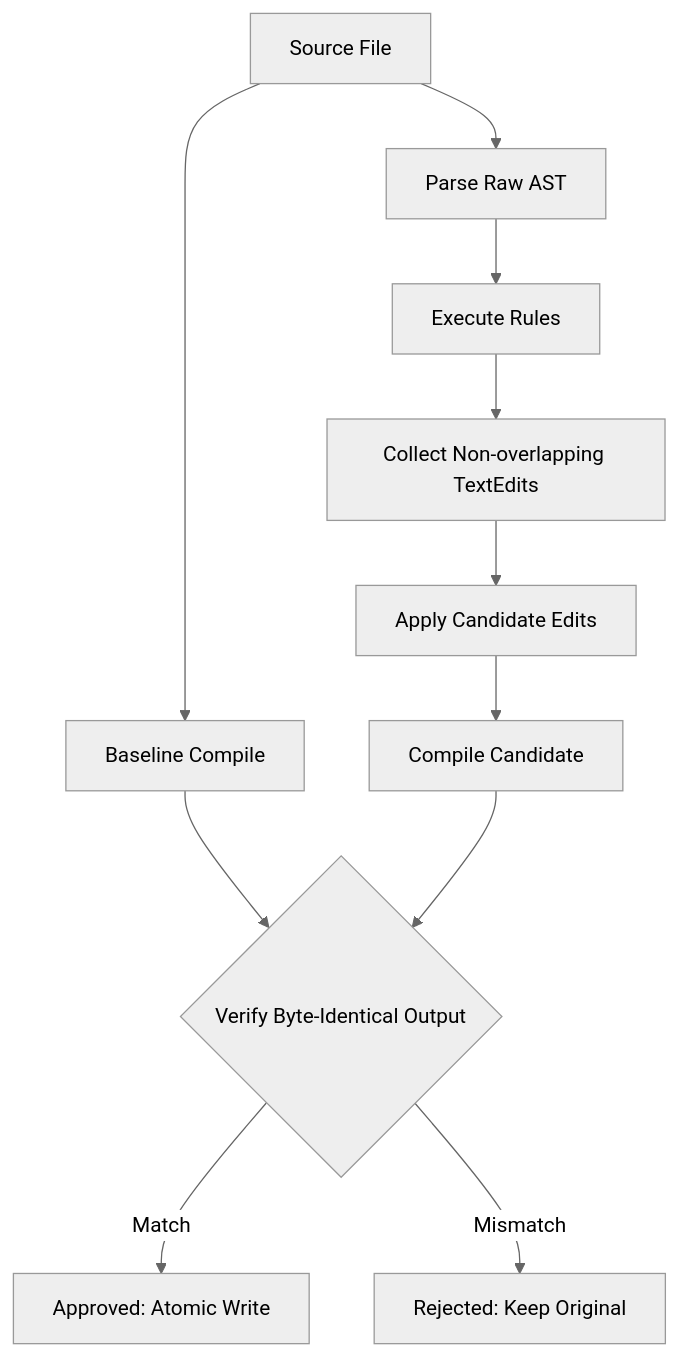
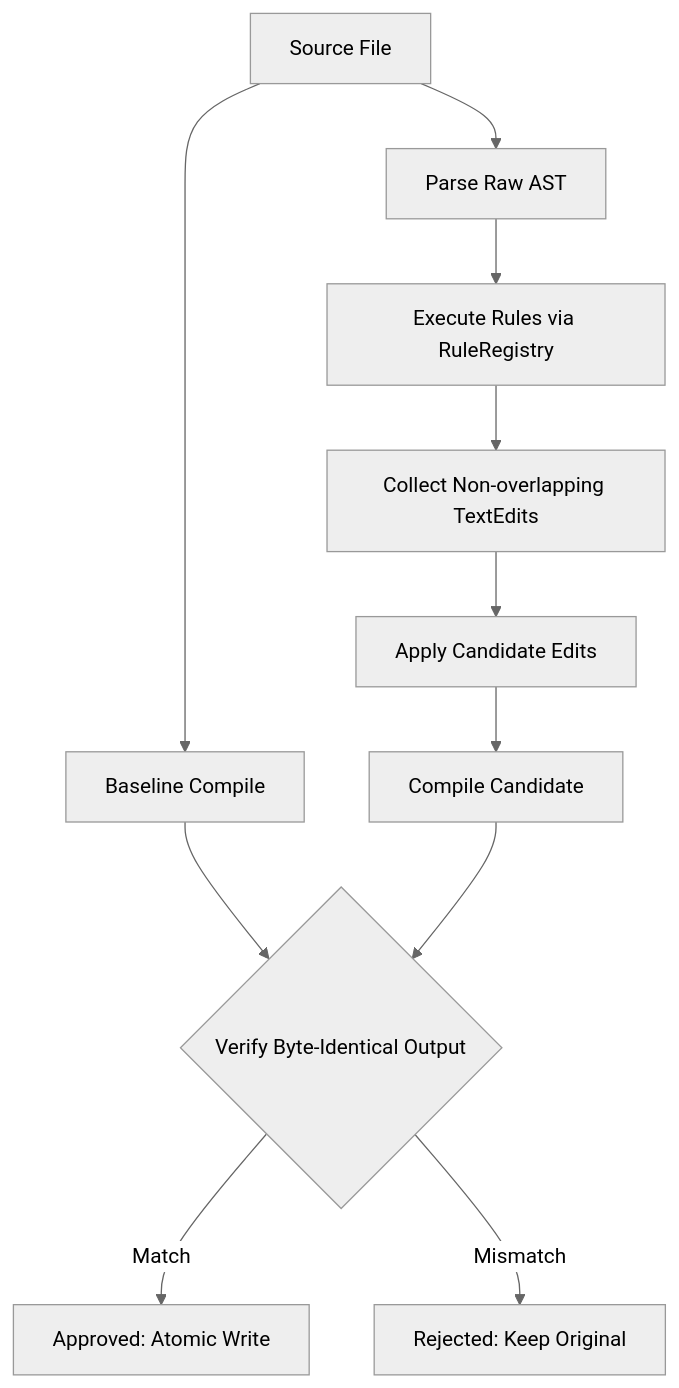
One commit to shogi-dojo/civet-clint changed the diagram in README.md. Above: the diagram before and after it, drawn with Mermaid (neutral theme). The commit also changed other lines of this file and 11 other files, not shown here.

First line of the commit message:
feat: add rule registry abstraction and per-file configuration overrides (#3)

````diff
--- a/README.md
+++ b/README.md
@@ -185,13 +247,13 @@
 ```mermaid
 flowchart TD
     A[Source File] --> B[Parse Raw AST]
     A --> C[Baseline Compile]
-    B --> D[Execute Rules]
+    B --> D[Execute Rules via RuleRegistry]
     D --> E[Collect Non-overlapping TextEdits]
     E --> F[Apply Candidate Edits]
     F --> G[Compile Candidate]
     C --> H{Verify Byte-Identical Output}
     G --> H
     H -- Match --> I[Approved: Atomic Write]
     H -- Mismatch --> J[Rejected: Keep Original]
 ```
````
